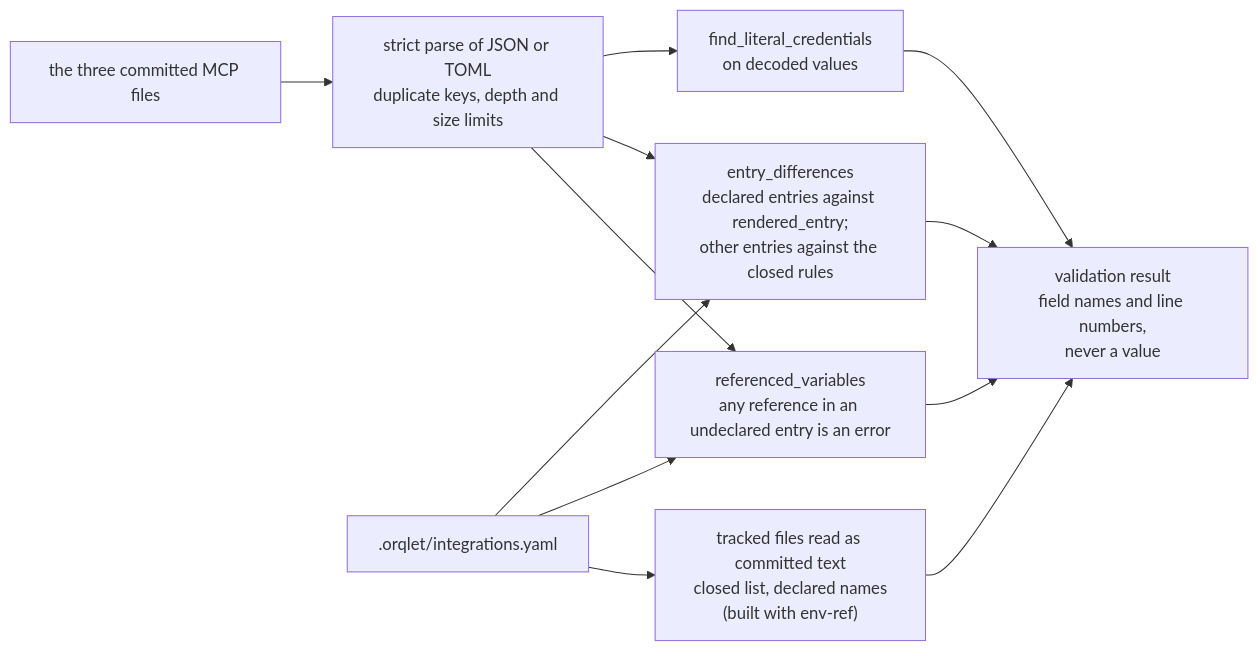
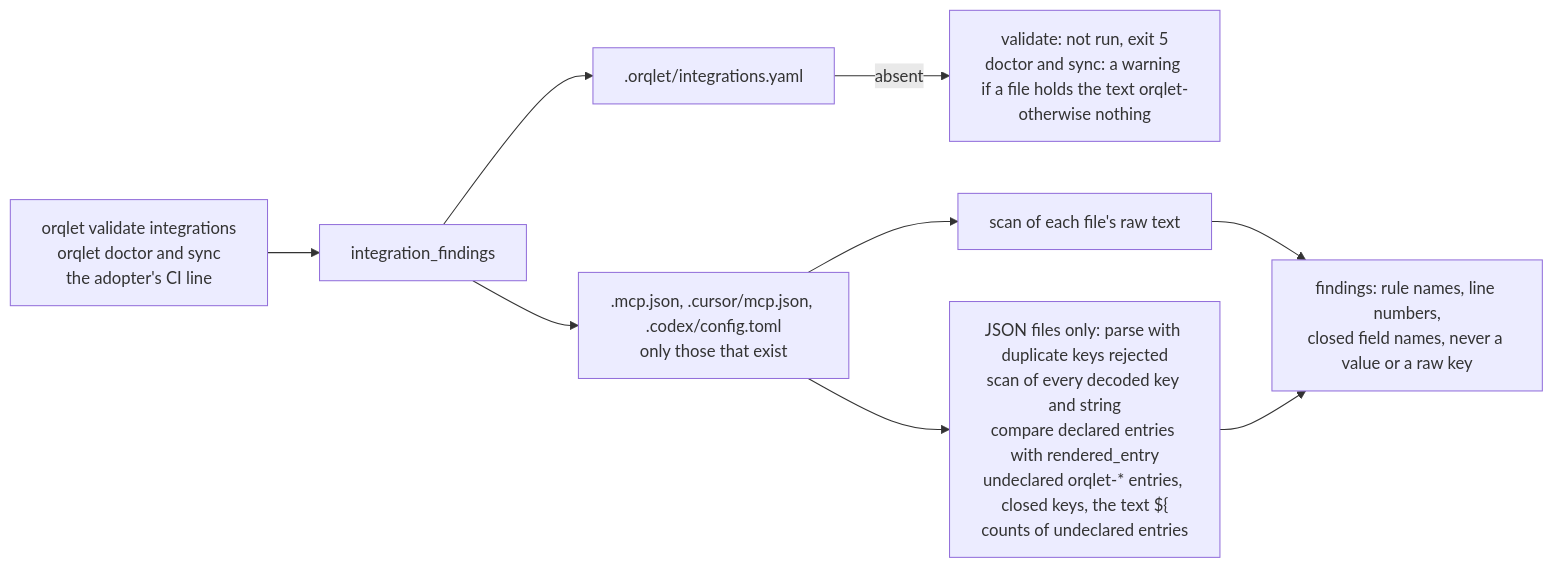
One commit to tmishari/orqlet changed the second of 3 diagrams in docs/design/mcp-or-plugins/design/data-flow.md. Above: the diagram before and after it, drawn with Mermaid. The commit also changed other lines of this file and 12 other files, not shown here.

First line of the commit message:
Write the mcp-or-plugins design set again from scratch, with three rounds of reviewer notes

````diff
--- a/docs/design/mcp-or-plugins/design/data-flow.md
+++ b/docs/design/mcp-or-plugins/design/data-flow.md
@@ -25,23 +30,11 @@
 ```mermaid
 flowchart LR
-  files["the three committed MCP files"]
-  parse["strict parse of JSON or TOML<br/>duplicate keys, depth and size limits"]
-  scan2["find_literal_credentials<br/>on decoded values"]
-  cmp["entry_differences<br/>declared entries against rendered_entry;<br/>other entries against the closed rules"]
-  vars["referenced_variables<br/>any reference in an undeclared entry is an error"]
-  assign["tracked files read as committed text<br/>closed list, declared names<br/>(built with env-ref)"]
-  decl2[".orqlet/integrations.yaml"]
-  out["validation result<br/>field names and line numbers,<br/>never a value"]
-
-  files --> parse
-  parse --> scan2
-  parse --> cmp
-  parse --> vars
-  decl2 --> cmp
-  decl2 --> vars
-  decl2 --> assign
-  assign --> out
-  scan2 --> out
-  cmp --> out
-  vars --> out
+  trig["orqlet validate integrations<br/>orqlet doctor and sync<br/>the adopter's CI line"] --> findings["integration_findings"]
+  findings --> d[".orqlet/integrations.yaml"]
+  findings --> files[".mcp.json, .cursor/mcp.json, .codex/config.toml<br/>only those that exist"]
+  d -->|absent| nr["validate: not run, exit 5<br/>doctor and sync: a warning if a file holds the text orqlet-<br/>otherwise nothing"]
+  files --> scan["scan of each file's raw text"]
+  files --> json["JSON files only: parse with duplicate keys rejected<br/>scan of every decoded key and string<br/>compare declared entries with rendered_entry<br/>undeclared orqlet-* entries, closed keys, the text ${<br/>counts of undeclared entries"]
+  scan --> out["findings: rule names, line numbers,<br/>closed field names, never a value or a raw key"]
+  json --> out
 ```
````
